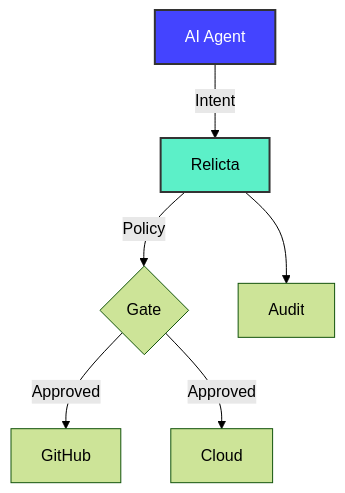
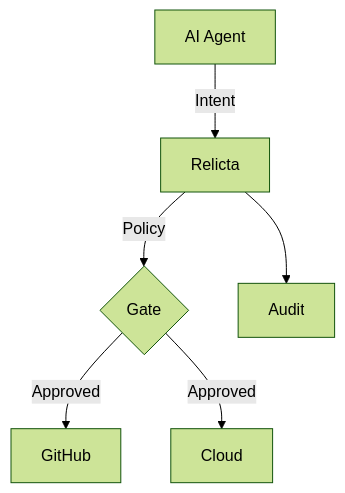
The second of 5 diagrams in src/content/blog/why-ai-agents-need-permission.mdx (relicta-tech/relicta-site), drawn with Mermaid (forest theme) before and after one commit. The commit also changed other lines of this file, not shown here.

Commit message:
style(docs): remove inline mermaid styles to use global theme

````diff
--- a/src/content/blog/why-ai-agents-need-permission.mdx
+++ b/src/content/blog/why-ai-agents-need-permission.mdx
@@ -195,11 +193,8 @@
     ```mermaid
     flowchart TD
       AgentB[AI Agent] -->|Intent| Relicta[Relicta]
       Relicta -->|Policy| Gate{Gate}
       Gate -->|Approved| GitHub[GitHub]
       Gate -->|Approved| Cloud[Cloud]
       Relicta --> Audit[Audit]
-
-      style AgentB fill:#4444ff,stroke:#333,stroke-width:2px,color:#fff
-      style Relicta fill:#5cf0c8,stroke:#333,stroke-width:2px,color:#000
     ```
````
